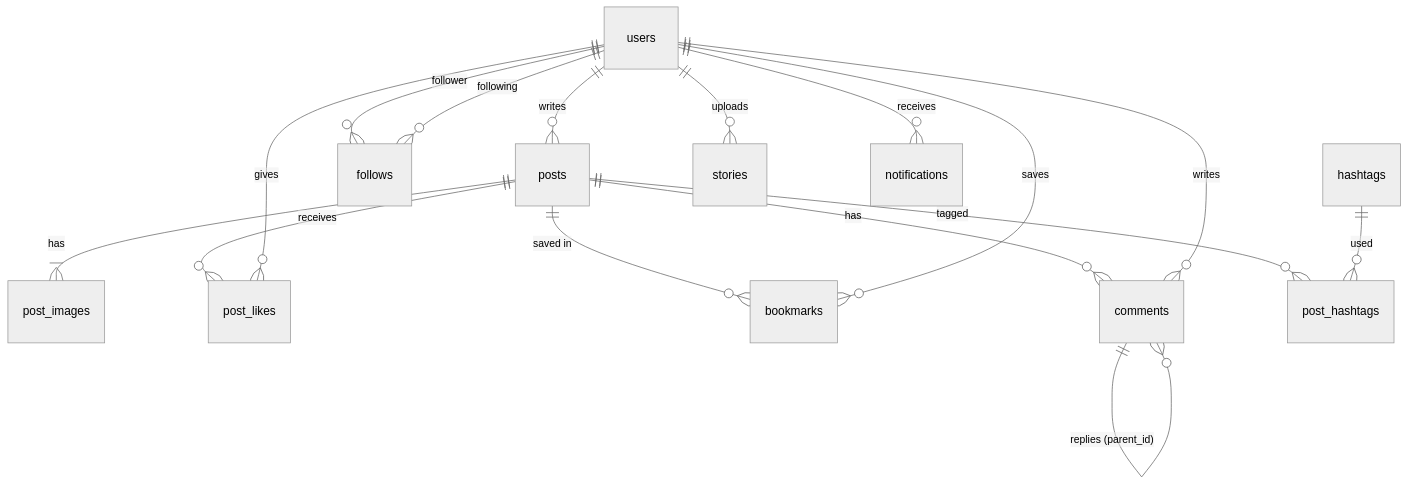
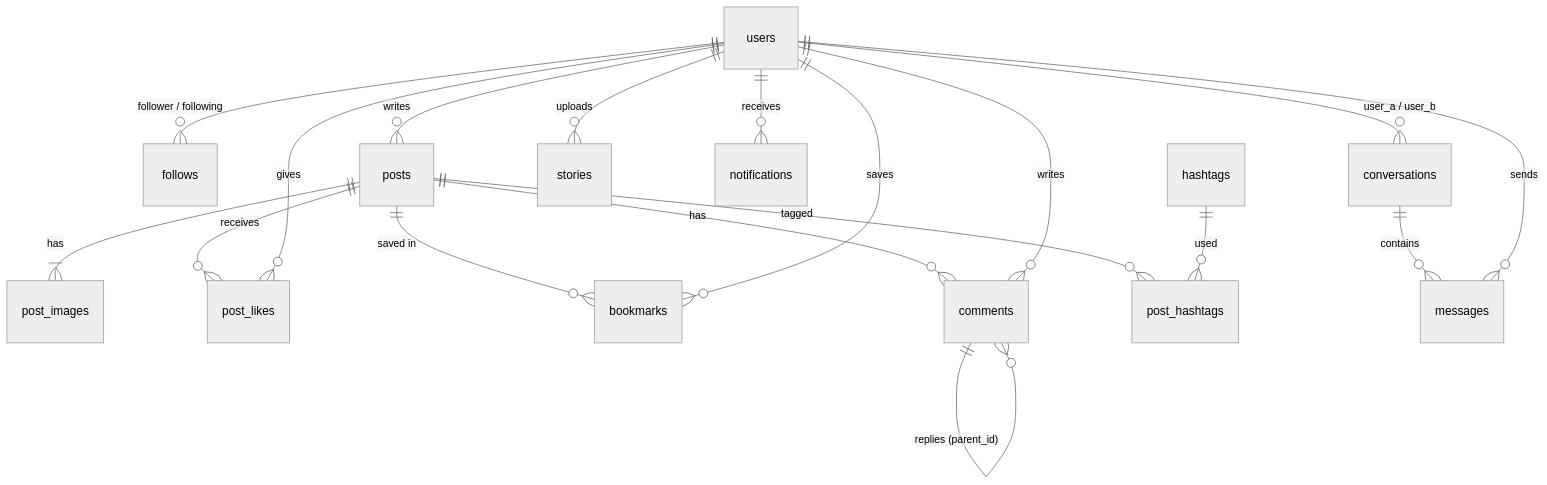
Before and after one commit to ssahclaire/Instagram-Clone: the diagram in db.md, drawn with Mermaid (neutral theme). The commit also changed other lines of this file and 35 other files, not shown here.

````diff
--- a/db.md
+++ b/db.md
@@ -16,18 +26,20 @@
 ```mermaid
 erDiagram
+    users ||--o{ follows : "follower / following"
     users ||--o{ posts : writes
-    users ||--o{ follows : "follower"
-    users ||--o{ follows : "following"
     posts ||--|{ post_images : has
     posts ||--o{ post_likes : receives
     users ||--o{ post_likes : gives
     posts ||--o{ bookmarks : "saved in"
     users ||--o{ bookmarks : saves
     posts ||--o{ comments : has
     users ||--o{ comments : writes
     comments ||--o{ comments : "replies (parent_id)"
     posts ||--o{ post_hashtags : tagged
     hashtags ||--o{ post_hashtags : used
     users ||--o{ stories : uploads
     users ||--o{ notifications : receives
+    users ||--o{ conversations : "user_a / user_b"
+    conversations ||--o{ messages : contains
+    users ||--o{ messages : sends
 ```
````
